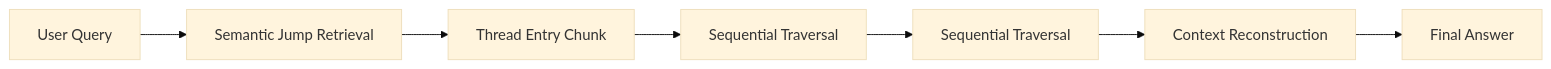
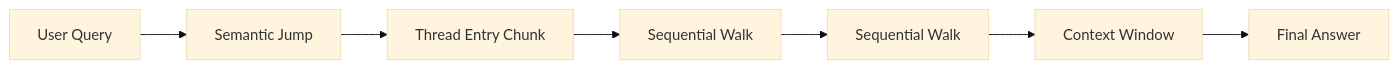
Before and after one commit to vanshksingh/Thread-RAG: the first of 19 diagrams in README.md, drawn with Mermaid (base theme). The commit also changed other lines of this file, not shown here.

First line of the commit message:
Revise THREAD-RAG architecture details in README

````diff
--- a/README.md
+++ b/README.md
@@ -13,9 +15,9 @@
 ```mermaid
 flowchart LR
-Query[User Query] --> Jump[Semantic Jump Retrieval]
+Query[User Query] --> Jump[Semantic Jump]
 Jump --> Entry[Thread Entry Chunk]
-Entry --> Walk1[Sequential Traversal]
-Walk1 --> Walk2[Sequential Traversal]
-Walk2 --> Context[Context Reconstruction]
+Entry --> Walk1[Sequential Walk]
+Walk1 --> Walk2[Sequential Walk]
+Walk2 --> Context[Context Window]
 Context --> Answer[Final Answer]
 ```
````
